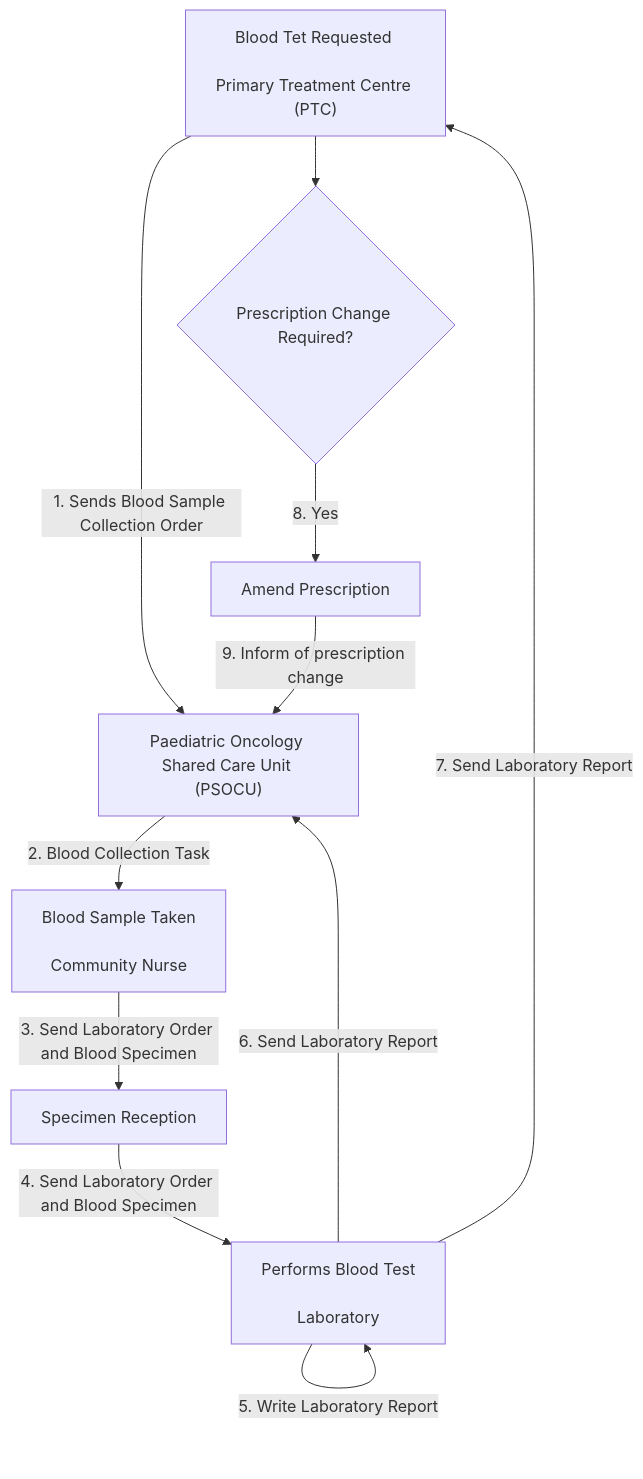
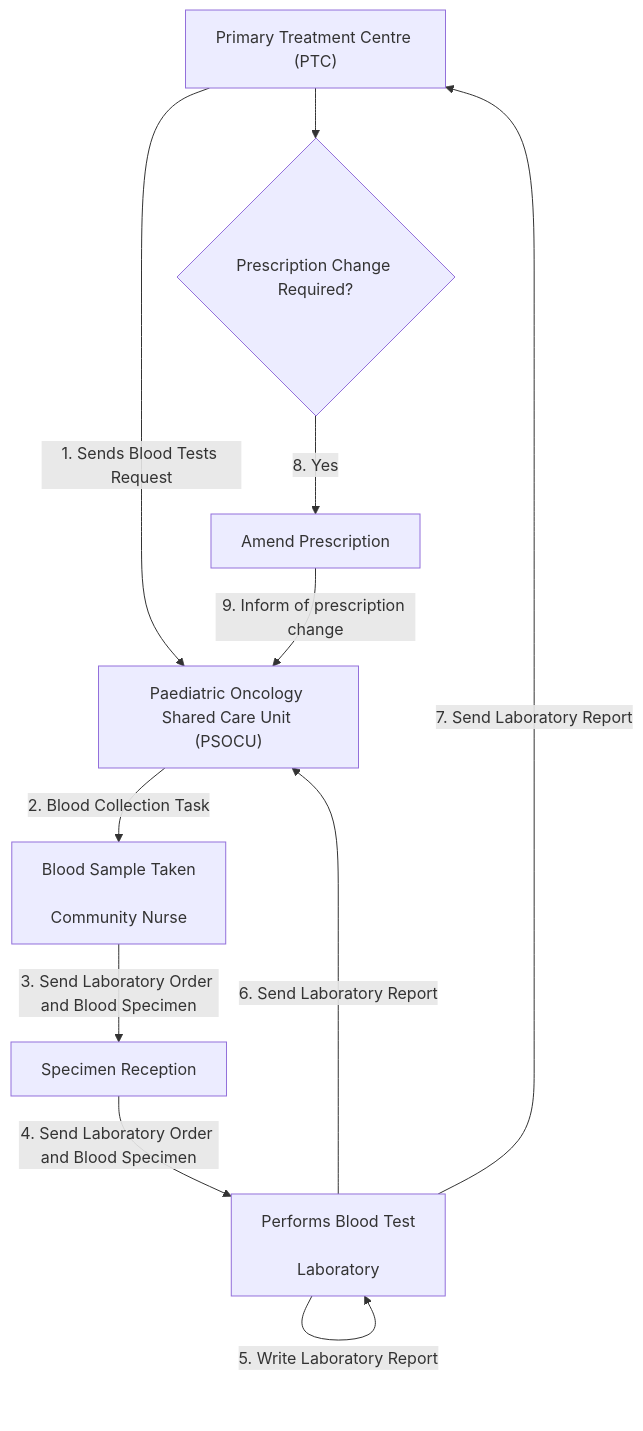
One commit to uk-gov-mirror/nw-gmsa.nw-gmsa.github.com changed the diagram in input/pagecontent/bloods.md. Above: the diagram before and after it, drawn with Mermaid.

Commit message:
Updated HODS business process description

````diff
--- a/input/pagecontent/bloods.md
+++ b/input/pagecontent/bloods.md
@@ -3,13 +3,13 @@
 ```mermaid
 graph TD
-    PTC["Blood Tet Requested <br/><br/>Primary Treatment Centre (PTC)"] --> |1. Sends Blood Sample Collection Order| POSCU["Paediatric Oncology Shared Care Unit (PSOCU)"]
+    PTC["Primary Treatment Centre (PTC)"] --> |1. Sends Blood Tests Request| POSCU["Paediatric Oncology Shared Care Unit (PSOCU)"]
     POSCU --> |2. Blood Collection Task| Collection["Blood Sample Taken<br/><br/>Community Nurse"] 
     Collection --> |3. Send Laboratory Order and Blood Specimen| SpecimenReception[Specimen Reception]
     SpecimenReception --> |4. Send Laboratory Order and Blood Specimen| LIMS[Performs Blood Test<br/><br/>Laboratory]
     LIMS --> |5. Write Laboratory Report| LIMS
     LIMS --> |6. Send Laboratory Report| POSCU
     LIMS --> |7. Send Laboratory Report| PTC
     PTC --> Prescription{Prescription Change Required?}
     Prescription --> |8. Yes| Medication[Amend Prescription]
     Medication --> |9. Inform of prescription change| POSCU      
 ```
````
